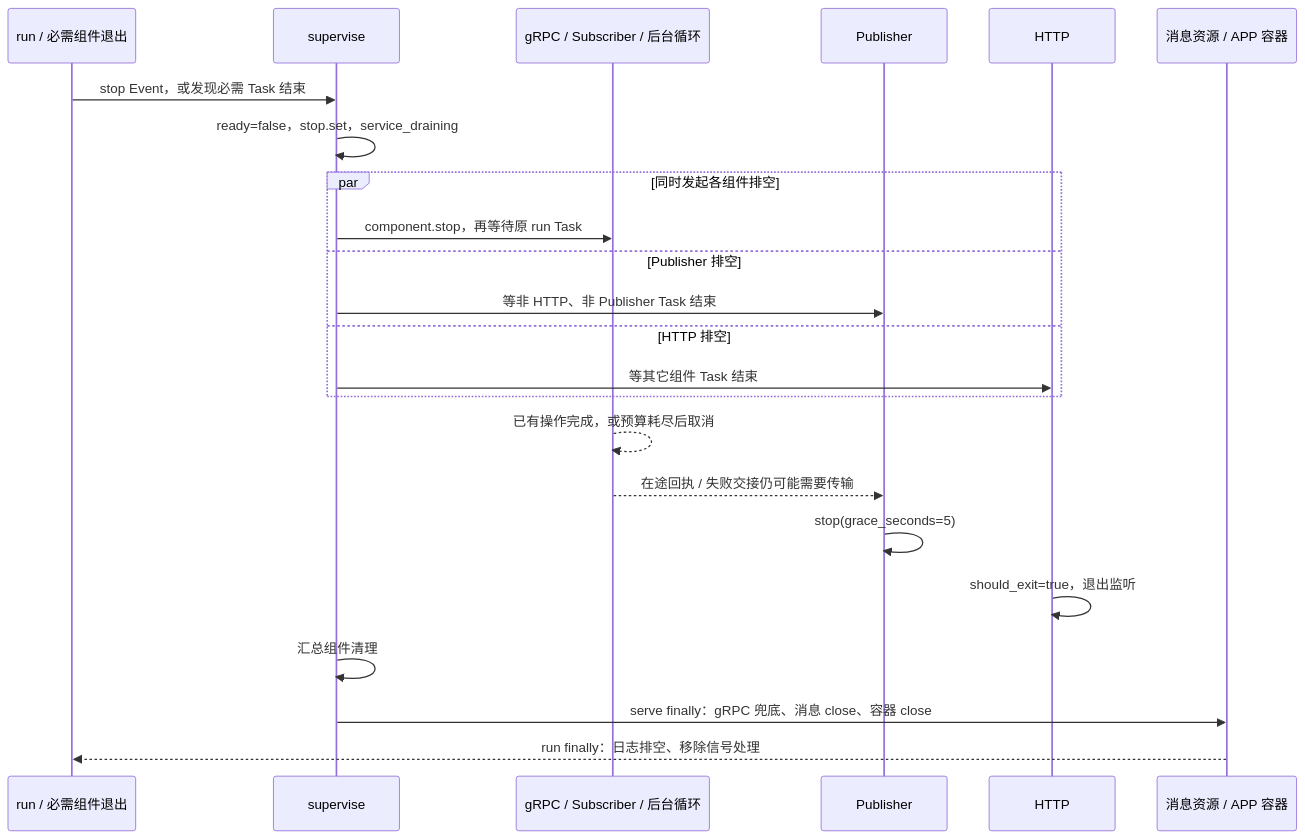
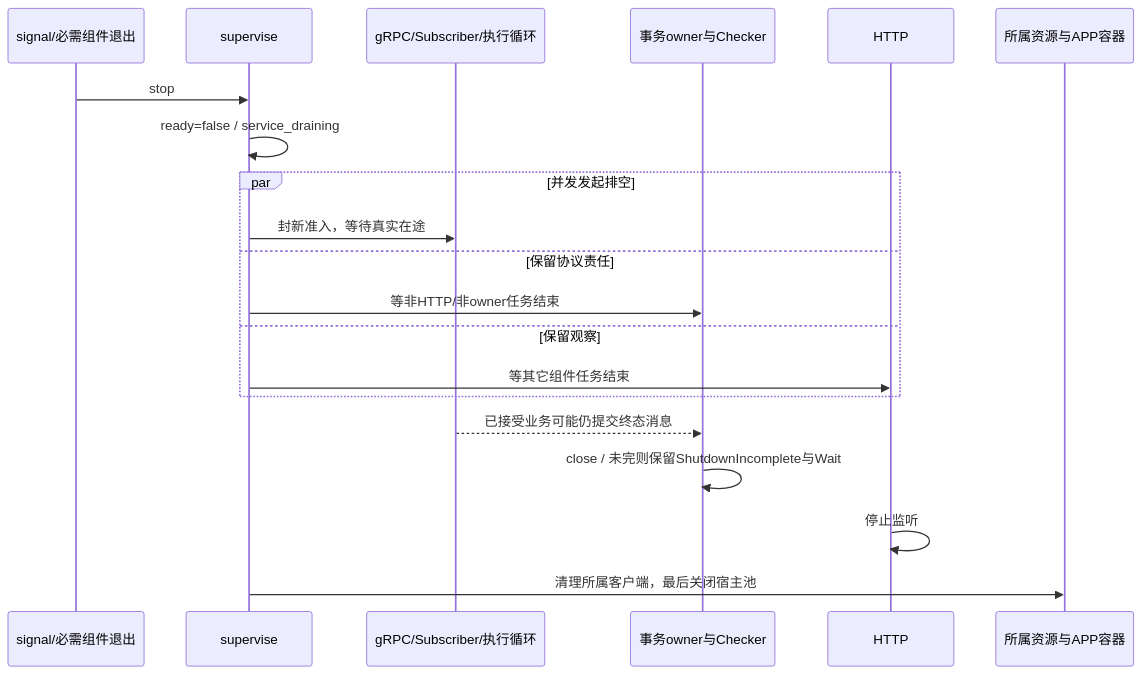
One commit to FangcunMount/qs-ai changed the diagram in docs/01-运行时/04-生命周期与优雅关闭.md. Above: the diagram before and after it, drawn with Mermaid. The commit also changed other lines of this file and 90 other files, not shown here.

````diff
--- a/docs/01-运行时/04-生命周期与优雅关闭.md
+++ b/docs/01-运行时/04-生命周期与优雅关闭.md
@@ -29,25 +11,22 @@
 ```mermaid
 sequenceDiagram
-    participant S as run / 必需组件退出
+    participant S as signal/必需组件退出
     participant L as supervise
-    participant B as gRPC / Subscriber / 后台循环
-    participant P as Publisher
+    participant B as gRPC/Subscriber/执行循环
+    participant T as 事务owner与Checker
     participant H as HTTP
-    participant R as 消息资源 / APP 容器
-    S->>L: stop Event，或发现必需 Task 结束
-    L->>L: ready=false，stop.set，service_draining
-    par 同时发起各组件排空
-        L->>B: component.stop，再等待原 run Task
-    and Publisher 排空
-        L->>P: 等非 HTTP、非 Publisher Task 结束
-    and HTTP 排空
-        L->>H: 等其它组件 Task 结束
+    participant R as 所属资源与APP容器
+    S->>L: stop
+    L->>L: ready=false / service_draining
+    par 并发发起排空
+        L->>B: 封新准入，等待真实在途
+    and 保留协议责任
+        L->>T: 等非HTTP/非owner任务结束
+    and 保留观察
+        L->>H: 等其它组件任务结束
     end
-    B-->>B: 已有操作完成，或预算耗尽后取消
-    B-->>P: 在途回执 / 失败交接仍可能需要传输
-    P->>P: stop(grace_seconds=5)
-    H->>H: should_exit=true，退出监听
-    L->>L: 汇总组件清理
-    L->>R: serve finally：gRPC 兜底、消息 close、容器 close
-    R-->>S: run finally：日志排空、移除信号处理
+    B-->>T: 已接受业务可能仍提交终态消息
+    T->>T: close / 未完则保留ShutdownIncomplete与Wait
+    H->>H: 停止监听
+    L->>R: 清理所属客户端，最后关闭宿主池
 ```
````
